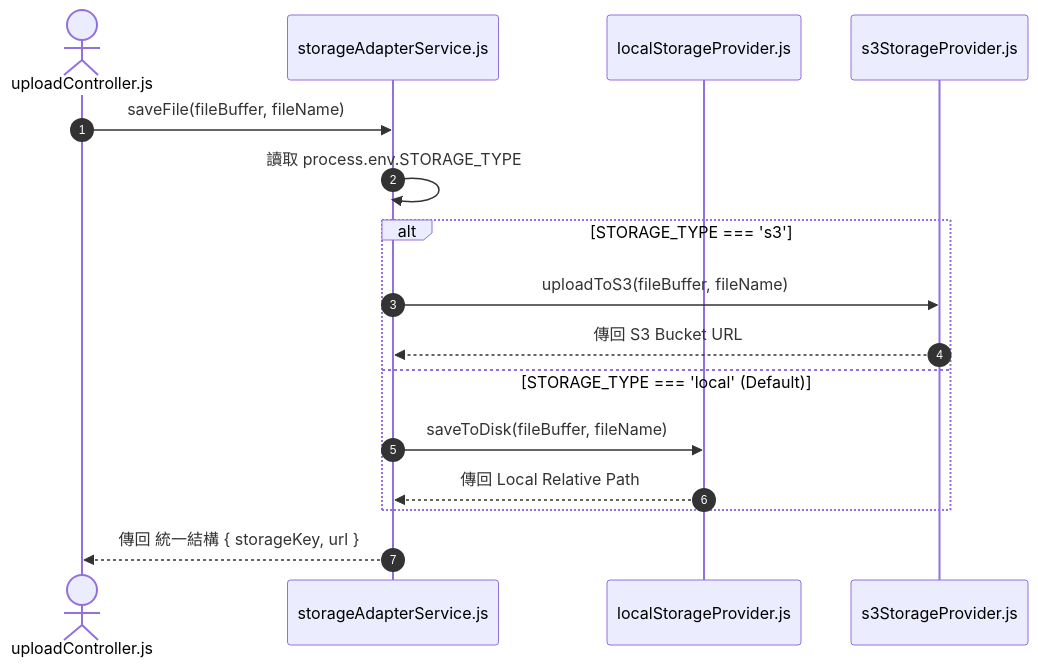
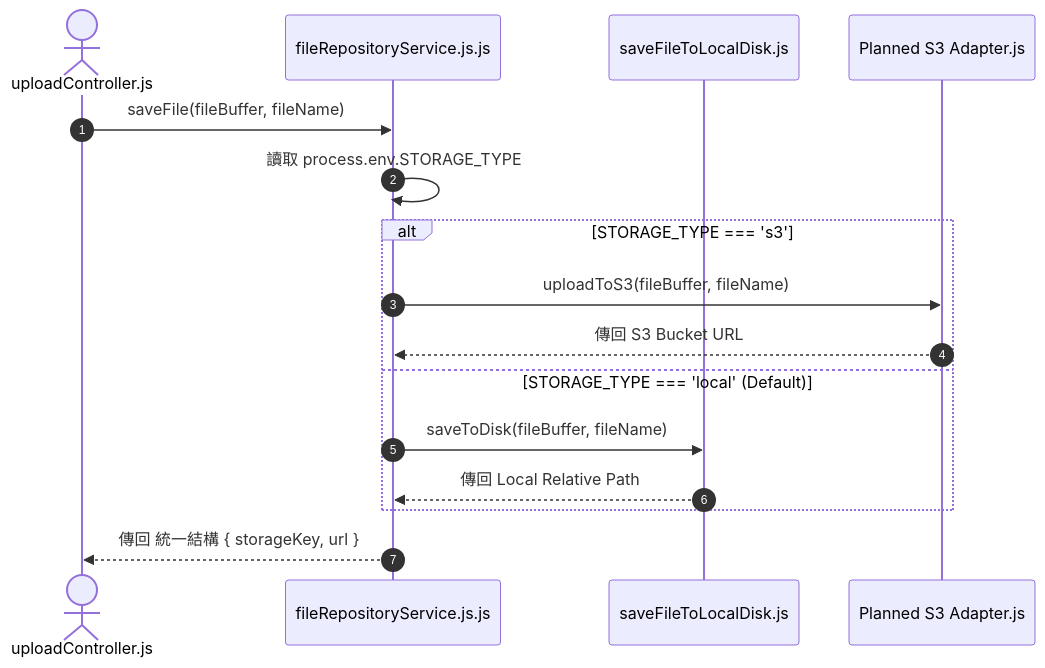
Before and after one commit to Alanho2025/Kiwi-AI-interview-Agent: the diagram in docs/architecture-decision-records/features/F-47-multi-cloud-storage-s3-local-abstraction.md, drawn with Mermaid. The commit also changed other lines of this file and 75 other files, not shown here.

````diff
--- a/docs/architecture-decision-records/features/F-47-multi-cloud-storage-s3-local-abstraction.md
+++ b/docs/architecture-decision-records/features/F-47-multi-cloud-storage-s3-local-abstraction.md
@@ -48,19 +54,19 @@
 ```mermaid
 sequenceDiagram
     autonumber
     actor Service as uploadController.js
-    participant Adapter as storageAdapterService.js
-    participant Local as localStorageProvider.js
-    participant S3 as s3StorageProvider.js
+    participant Adapter as fileRepositoryService.js.js
+    participant Local as saveFileToLocalDisk.js
+    participant S3 as Planned S3 Adapter.js
 
     Service->>Adapter: saveFile(fileBuffer, fileName)
     Adapter->>Adapter: 讀取 process.env.STORAGE_TYPE
     alt STORAGE_TYPE === 's3'
         Adapter->>S3: uploadToS3(fileBuffer, fileName)
         S3-->>Adapter: 傳回 S3 Bucket URL
     else STORAGE_TYPE === 'local' (Default)
         Adapter->>Local: saveToDisk(fileBuffer, fileName)
         Local-->>Adapter: 傳回 Local Relative Path
     end
     Adapter-->>Service: 傳回 統一結構 { storageKey, url }
 ```
````
